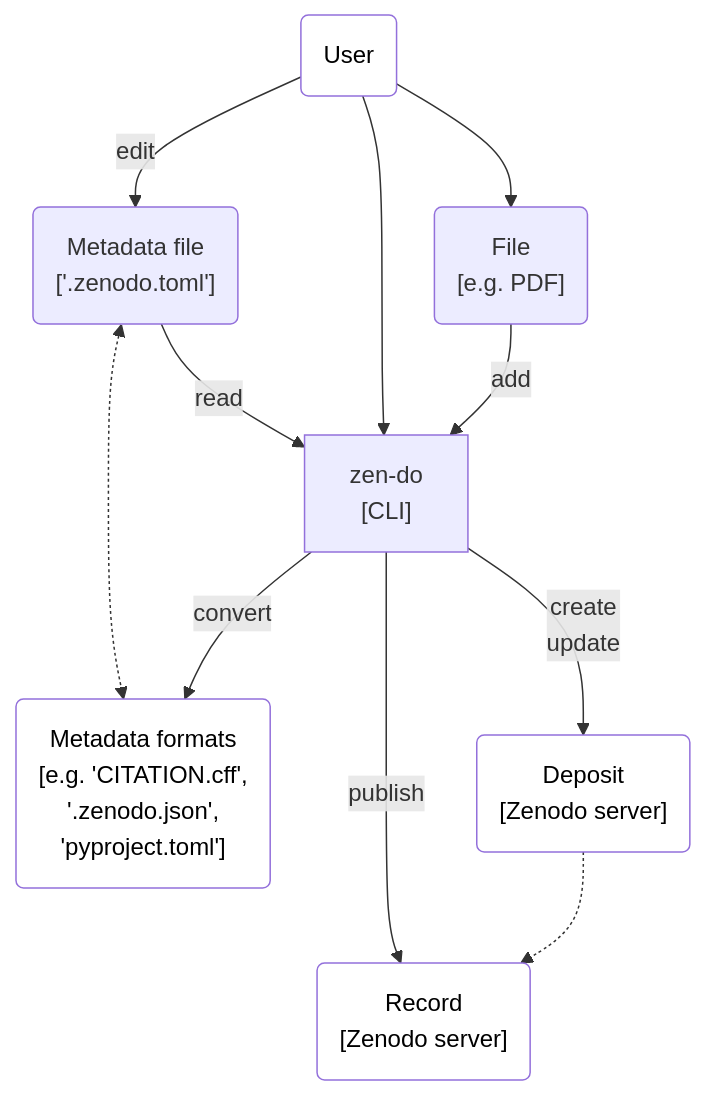
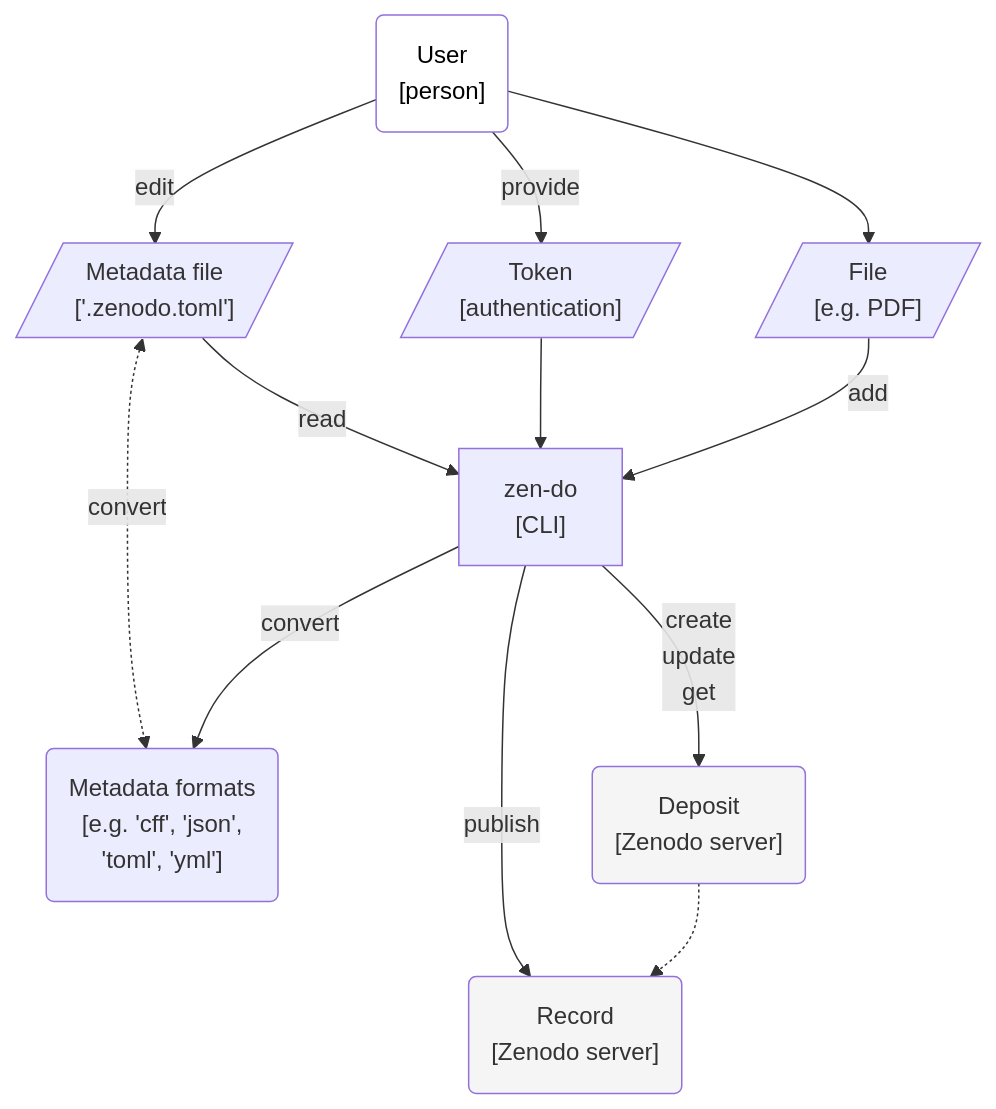
One commit to seedcase-project/zen-do changed the first of 2 diagrams in docs/design/architecture.qmd. Above: the diagram before and after it, drawn with Mermaid. The commit also changed other lines of this file and 1 other file, not shown here.

Commit message:
docs: :building_construction: architecture docs for zen-do

````diff
--- a/docs/design/architecture.qmd
+++ b/docs/design/architecture.qmd
@@ -59,29 +58,30 @@
 ```{mermaid}
 %%| label: fig-c4-context
-%%| fig-cap: "Diagram showing the interaction between user,  and external systems Flower interacts with."
+%%| fig-cap: "Diagram showing the interaction between user and external systems that zen-do interacts with. The parallogram boxes represent input, the rectangle represents the CLI, and the rounded boxes represent the start and end points of the flow. The gray boxes represent external systems, in this case, the Zenodo server."
+%%| fig-alt: "Flowchart diagram with boxes and arrows/connections for the different objects and actions. The user interacts with the metadata file, the metadata formats, the CLI, the file to add to a deposit, and the Zenodo server for both deposits and records."
 flowchart TB
-    user("User")
+    user("User<br>[person]"):::user
+    metadata[/"Metadata file<br>['.zenodo.toml']"/]
+    metadata_formats("Metadata formats<br>[e.g. 'cff', 'json',<br>'toml', 'yml']")
+    deposit("Deposit<br>[Zenodo server]"):::external
+    record("Record<br>[Zenodo server]"):::external
+    file[/"File<br>[e.g. PDF]"/]
+    token[/"Token<br>[authentication]"/]
     zen_do["zen-do<br>[CLI]"]
-    metadata("Metadata file<br>['.zenodo.toml']")
-    metadata_formats("Metadata formats<br>[e.g. 'CITATION.cff',<br>'.zenodo.json',<br>'pyproject.toml']")
-    deposit("Deposit<br>[Zenodo server]")
-    record("Record<br>[Zenodo server]")
-    file("File<br>[e.g. PDF]")
 
     user -->|edit| metadata
+    user -->|provide| token
     metadata -->|read| zen_do
-    metadata <-.-> metadata_formats
-    user --> zen_do
+    metadata <-.->|convert| metadata_formats
+    token --> zen_do
     zen_do -->|convert| metadata_formats
     file -->|add| zen_do
     user --> file
-    zen_do -->|create<br>update<get>| deposit
+    zen_do -->|create<br>update<br>get| deposit
     zen_do -->|publish| record
     deposit -.-> record
 
     %% Styling
-    style user fill:#FFFFFF, color:#000000
-    style deposit fill:#FFFFFF, color:#000000
-    style record fill:#FFFFFF, color:#000000
-    style metadata_formats fill:#FFFFFF, color:#000000
+    classDef user fill:#FFFFFF,color:#000000;
+    classDef external fill:#F5F5F5;
 ```
````
